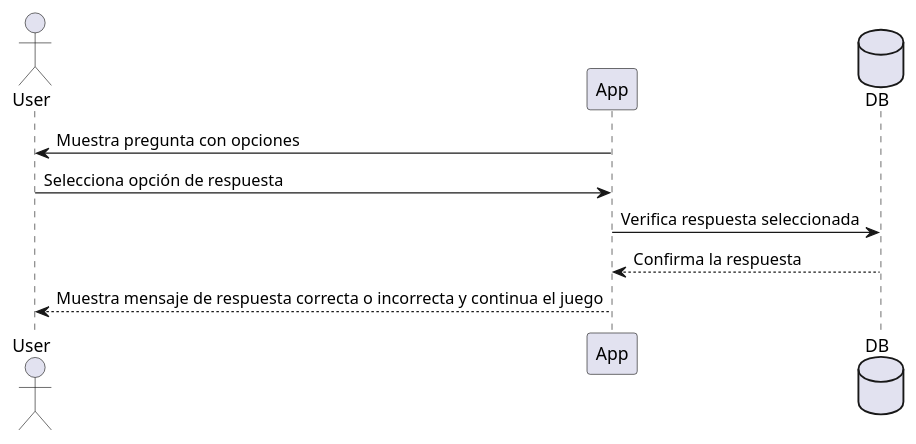
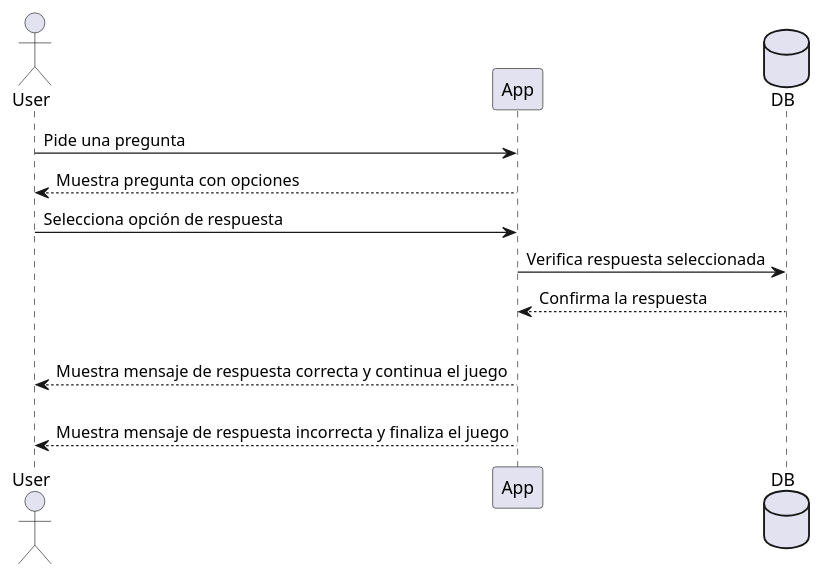
The third of 5 diagrams in docs/src/06_runtime_view.adoc (Arquisoft/wiq_es6b), drawn with PlantUML before and after one commit. The commit also changed other lines of this file and 1 other file, not shown here.

```diff
--- a/docs/src/06_runtime_view.adoc
+++ b/docs/src/06_runtime_view.adoc
@@ -38,12 +46,16 @@
 [plantuml,"Sequence diagram",png]
 ----
 actor User
 participant App
 database DB
 
-User <- App: Muestra pregunta con opciones
+User -> App: Pide una pregunta
+User <-- App: Muestra pregunta con opciones
 User -> App: Selecciona opción de respuesta
 App -> DB: Verifica respuesta seleccionada
 App <-- DB: Confirma la respuesta
-User <-- App: Muestra mensaje de respuesta correcta o incorrecta y continua el juego
+alt respuesta correcta
+    User <-- App: Muestra mensaje de respuesta correcta y continua el juego
+else respuesta incorrecta
+    User <-- App: Muestra mensaje de respuesta incorrecta y finaliza el juego
 ----
```
